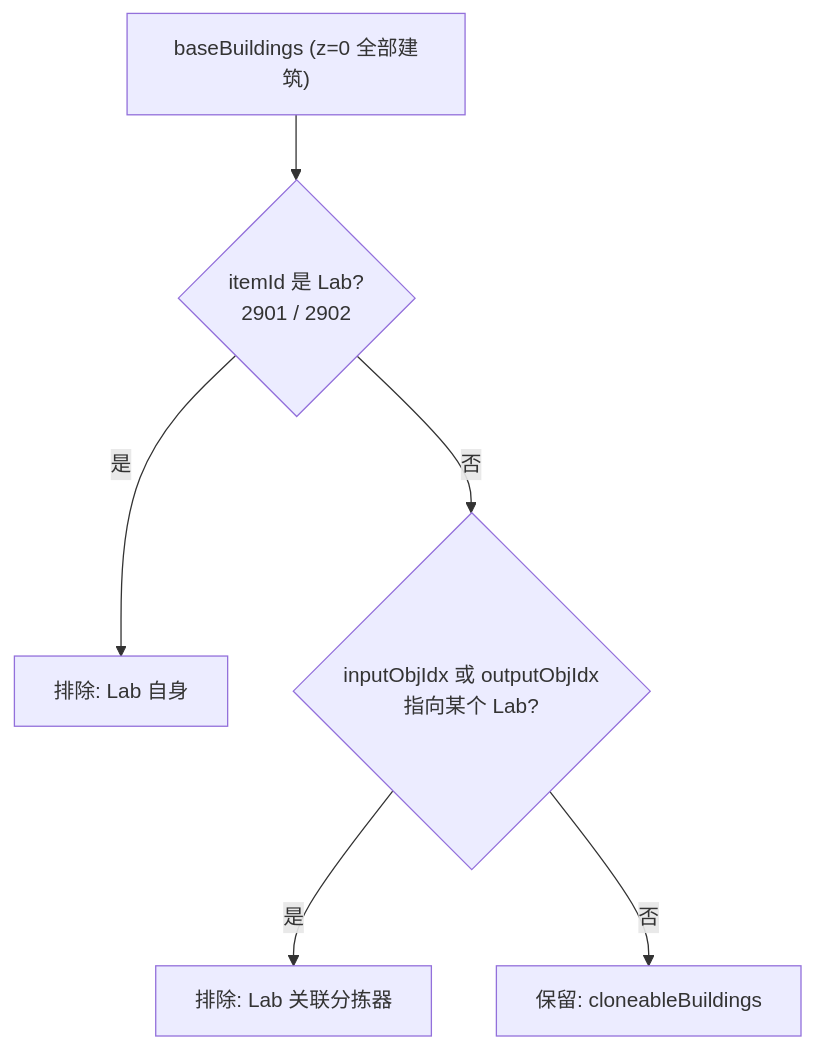
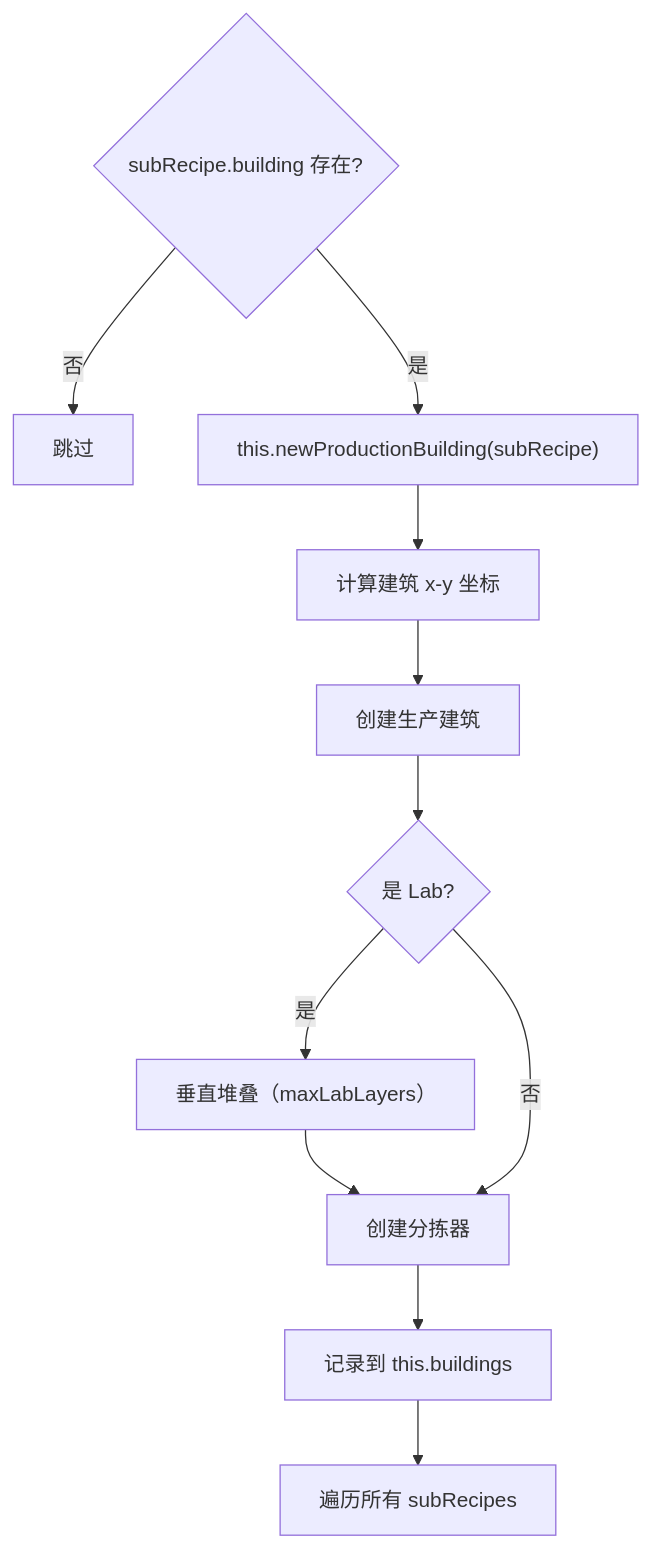
The fourth of 7 diagrams in Scripts/localDocs/堆叠模块说明.md (793383996/DSQ), drawn with Mermaid before and after one commit. The commit also changed other lines of this file and 7 other files, not shown here.

First line of the commit message:
feat: 实现蓝图堆叠模块(方案A)和完整文档

````diff
--- a/Scripts/localDocs/堆叠模块说明.md
+++ b/Scripts/localDocs/堆叠模块说明.md
@@ -184,9 +233,15 @@
 ```mermaid
 flowchart TD
-    ALL["baseBuildings (z=0 全部建筑)"]
-    ALL --> CHECK1{itemId 是 Lab?<br/>2901 / 2902}
-    CHECK1 -->|是| SKIP1["排除: Lab 自身"]
-    CHECK1 -->|否| CHECK2{inputObjIdx 或 outputObjIdx<br/>指向某个 Lab?}
-    CHECK2 -->|是| SKIP2["排除: Lab 关联分拣器"]
-    CHECK2 -->|否| KEEP["保留: cloneableBuildings"]
+    A["遍历所有 subRecipes"]
+    B{"subRecipe.building 存在?"}
+    B -->|否| C["跳过"]
+    B -->|是| D["this.newProductionBuilding(subRecipe)"]
+    D --> E["计算建筑 x-y 坐标"]
+    E --> F["创建生产建筑"]
+    F --> G{"是 Lab?"}
+    G -->|是| H["垂直堆叠（maxLabLayers）"]
+    H --> I["创建分拣器"]
+    G -->|否| I
+    I --> J["记录到 this.buildings"]
+    J --> A
 ```
````
